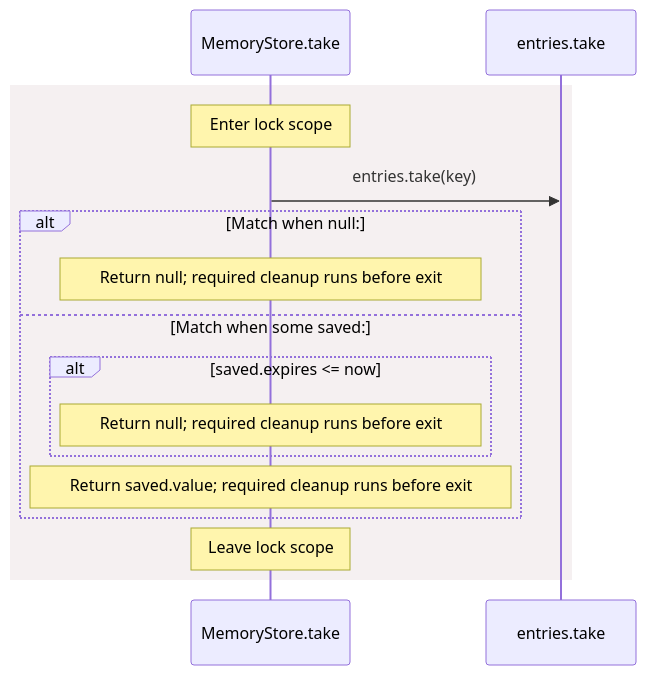
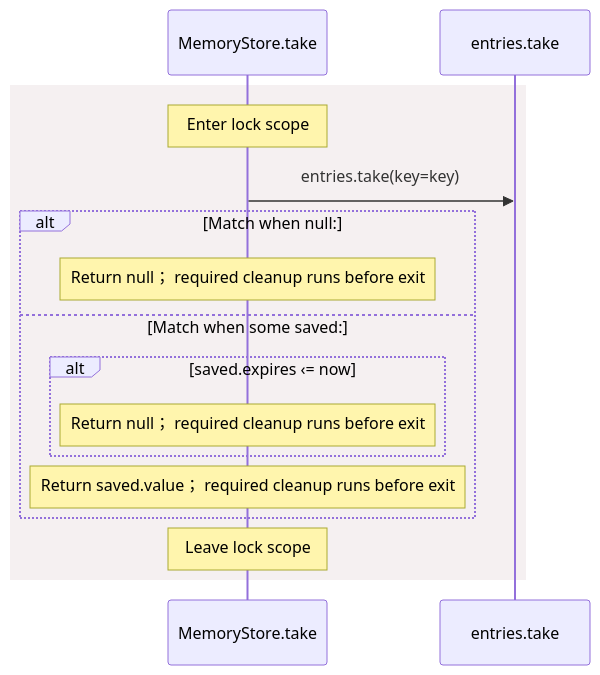
The fifth of 6 diagrams in docs/examples/oidc-login/dependencies/packages/@git/url_0eb7c89453c87681ed15/0.0.0-git.a39fc582565d4fca40be4f75fa304d71adc69301/store-diagrams.md (GreenPandaStudios/augscript), drawn with Mermaid before and after one commit. The commit also changed other lines of this file and 524 other files, not shown here.

Commit message:
Explain checked data flow at folder and service levels

````diff
--- a/docs/examples/oidc-login/dependencies/packages/@git/url_0eb7c89453c87681ed15/0.0.0-git.a39fc582565d4fca40be4f75fa304d71adc69301/store-diagrams.md
+++ b/docs/examples/oidc-login/dependencies/packages/@git/url_0eb7c89453c87681ed15/0.0.0-git.a39fc582565d4fca40be4f75fa304d71adc69301/store-diagrams.md
@@ -175,18 +146,18 @@
 ```mermaid
 sequenceDiagram
     participant p0 as MemoryStore.take
     participant p1 as entries.take
     rect rgb(245, 240, 241)
     Note over p0: Enter lock scope
-    p0->>p1: entries.take(key)
+    p0->>p1: entries.take(key=key)
     alt Match when null:
-    Note over p0: Return null#59; required cleanup runs before exit
+    Note over p0: Return null； required cleanup runs before exit
     else Match when some saved:
-    alt saved.expires #60;= now
-    Note over p0: Return null#59; required cleanup runs before exit
+    alt saved.expires ‹= now
+    Note over p0: Return null； required cleanup runs before exit
     end
-    Note over p0: Return saved.value#59; required cleanup runs before exit
+    Note over p0: Return saved.value； required cleanup runs before exit
     end
     Note over p0: Leave lock scope
     end
 ```
````
